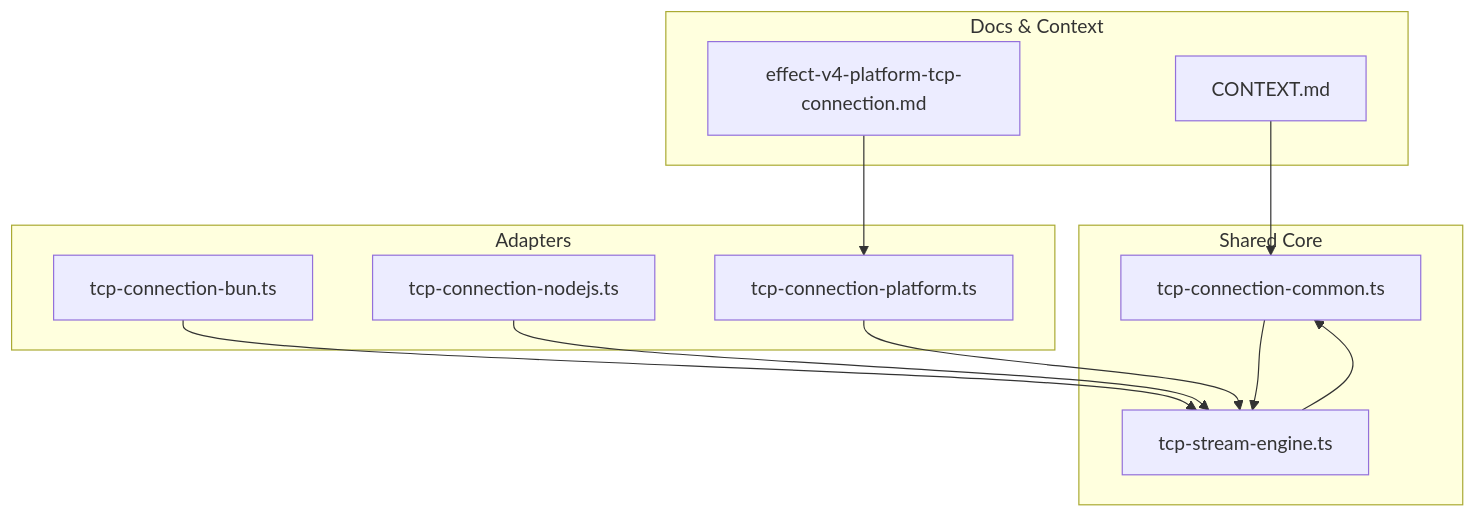
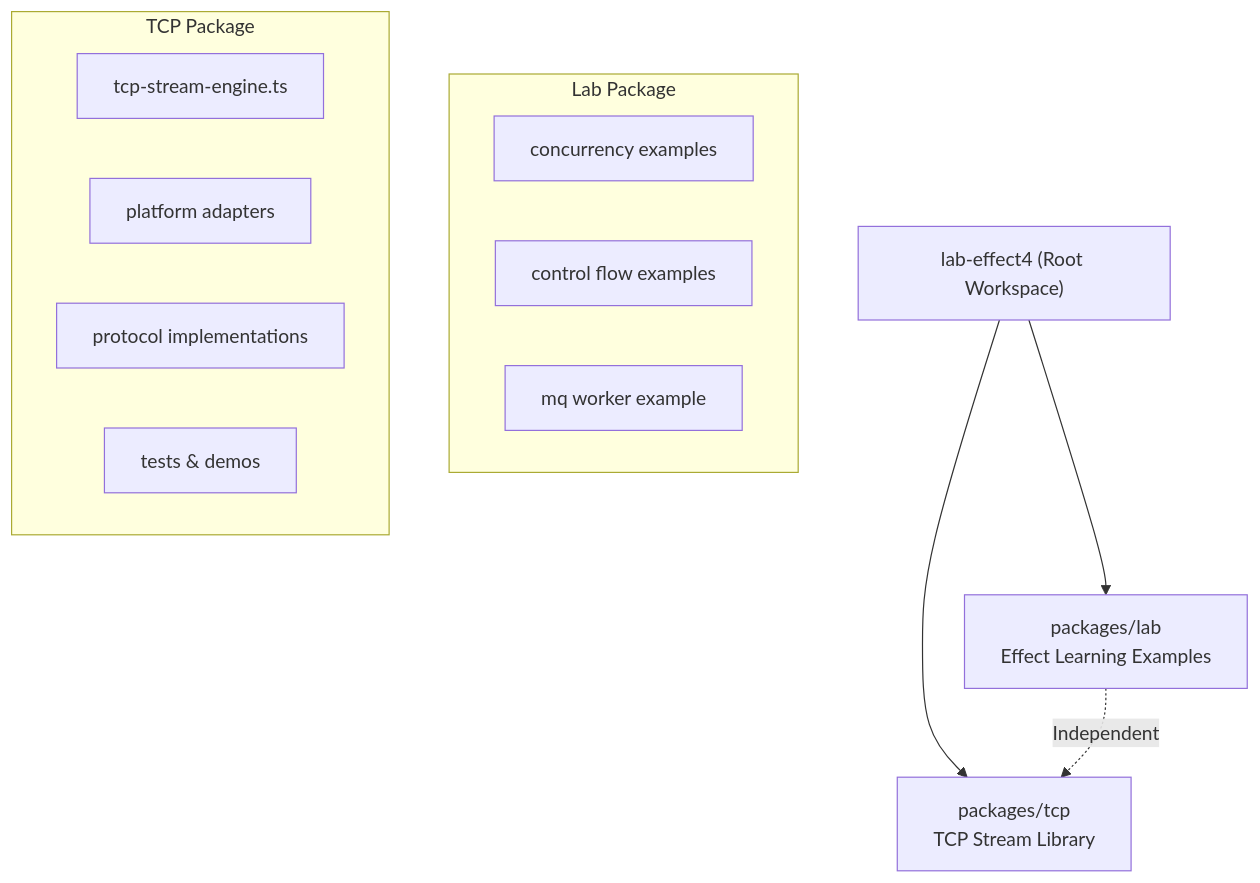
Before and after one commit to 6qat/lab-effect4: the first of 8 diagrams in .qoder/repowiki/en/content/Project Overview.md, drawn with Mermaid. The commit also changed other lines of this file and 140 other files, not shown here.

````diff
--- a/.qoder/repowiki/en/content/Project Overview.md
+++ b/.qoder/repowiki/en/content/Project Overview.md
@@ -48,23 +60,20 @@
 ```mermaid
 graph TB
-subgraph "Shared Core"
-C["tcp-connection-common.ts"]
-E["tcp-stream-engine.ts"]
+Root["lab-effect4 (Root Workspace)"]
+Lab["packages/lab<br/>Effect Learning Examples"]
+Tcp["packages/tcp<br/>TCP Stream Library"]
+Root --> Lab
+Root --> Tcp
+subgraph "Lab Package"
+L1["concurrency examples"]
+L2["control flow examples"]
+L3["mq worker example"]
 end
-subgraph "Adapters"
-B["tcp-connection-bun.ts"]
-N["tcp-connection-nodejs.ts"]
-P["tcp-connection-platform.ts"]
+subgraph "TCP Package"
+T1["tcp-stream-engine.ts"]
+T2["platform adapters"]
+T3["protocol implementations"]
+T4["tests & demos"]
 end
-subgraph "Docs & Context"
-R["effect-v4-platform-tcp-connection.md"]
-CTX["CONTEXT.md"]
-end
-C --> E
-B --> E
-N --> E
-P --> E
-E --> C
-R --> P
-CTX --> C
+Lab -.->|Independent| Tcp
 ```
````
